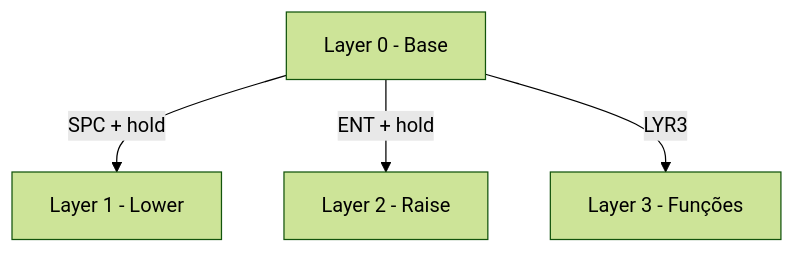
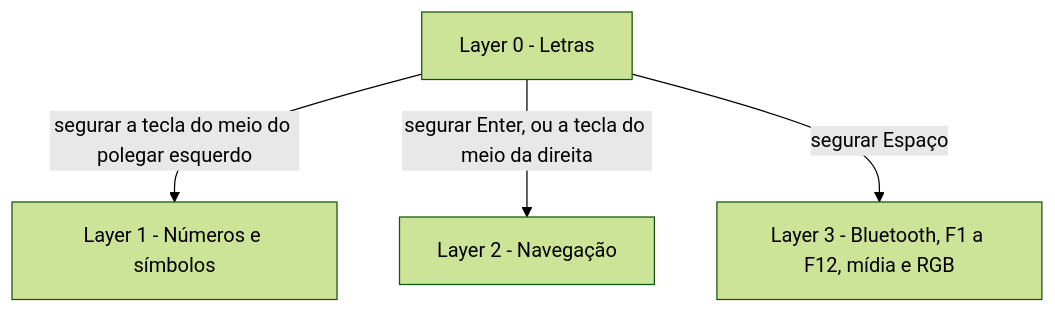
Before and after one commit to the-spanish-guy/corne-zmk: the diagram in README.md, drawn with Mermaid (forest theme). The commit also changed other lines of this file, not shown here.

````diff
--- a/README.md
+++ b/README.md
@@ -152,6 +65,6 @@
 ```mermaid
 graph TD
-    A[Layer 0 - Base] -->|SPC + hold| B[Layer 1 - Lower]
-    A -->|ENT + hold| C[Layer 2 - Raise]
-    A -->|LYR3| D[Layer 3 - Funções]
+    A[Layer 0 - Letras] -->|segurar a tecla do meio do polegar esquerdo| B[Layer 1 - Números e símbolos]
+    A -->|segurar Enter, ou a tecla do meio da direita| C[Layer 2 - Navegação]
+    A -->|segurar Espaço| D[Layer 3 - Bluetooth, F1 a F12, mídia e RGB]
 ```
````
